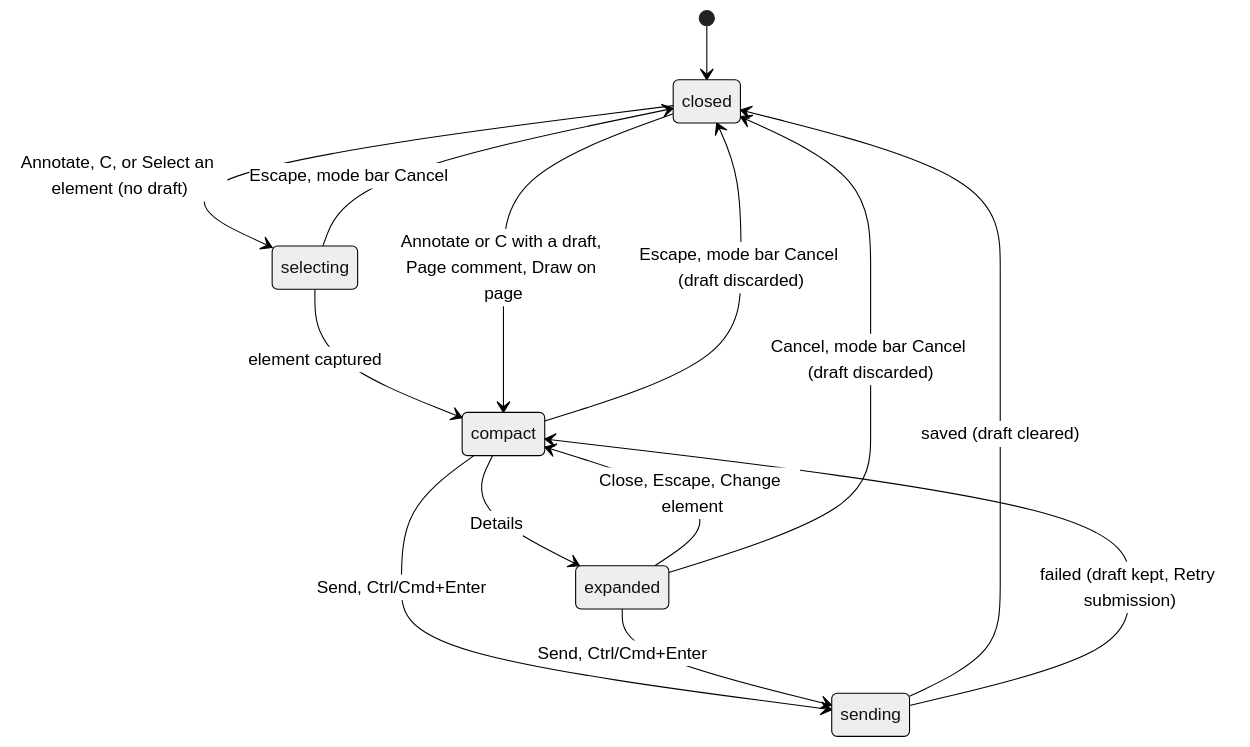
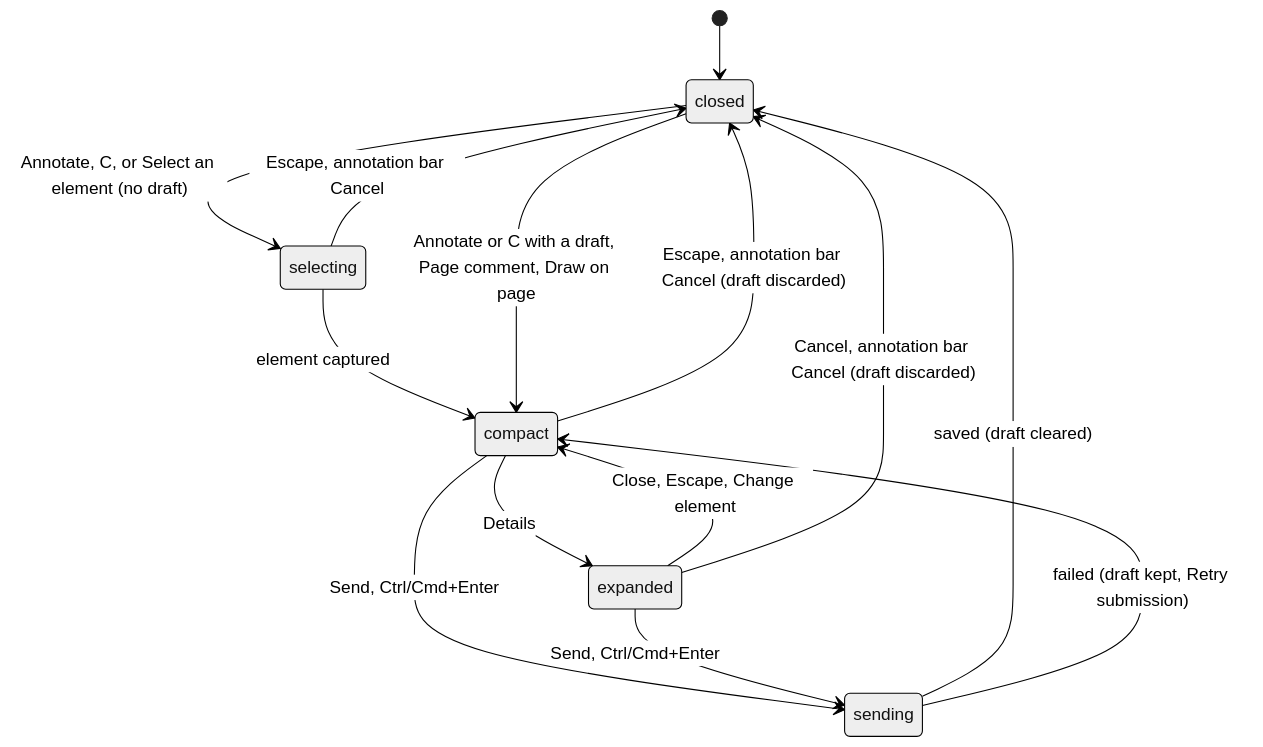
The diagram in product-description/review/the-composer.md (BintzGavin/shiplet-core), drawn with Mermaid (neutral theme) before and after one commit. The commit also changed other lines of this file and 7 other files, not shown here.

````diff
--- a/product-description/review/the-composer.md
+++ b/product-description/review/the-composer.md
@@ -15,16 +15,16 @@
 ```mermaid
 stateDiagram-v2
     [*] --> closed
     closed --> selecting : Annotate, C, or Select an element (no draft)
     selecting --> compact : element captured
     closed --> compact : Annotate or C with a draft, Page comment, Draw on page
     compact --> expanded : Details
     expanded --> compact : Close, Escape, Change element
     compact --> sending : Send, Ctrl/Cmd+Enter
     expanded --> sending : Send, Ctrl/Cmd+Enter
     sending --> closed : saved (draft cleared)
     sending --> compact : failed (draft kept, Retry submission)
-    compact --> closed : Escape, mode bar Cancel (draft discarded)
-    expanded --> closed : Cancel, mode bar Cancel (draft discarded)
-    selecting --> closed : Escape, mode bar Cancel
+    compact --> closed : Escape, annotation bar Cancel (draft discarded)
+    expanded --> closed : Cancel, annotation bar Cancel (draft discarded)
+    selecting --> closed : Escape, annotation bar Cancel
 ```
````
